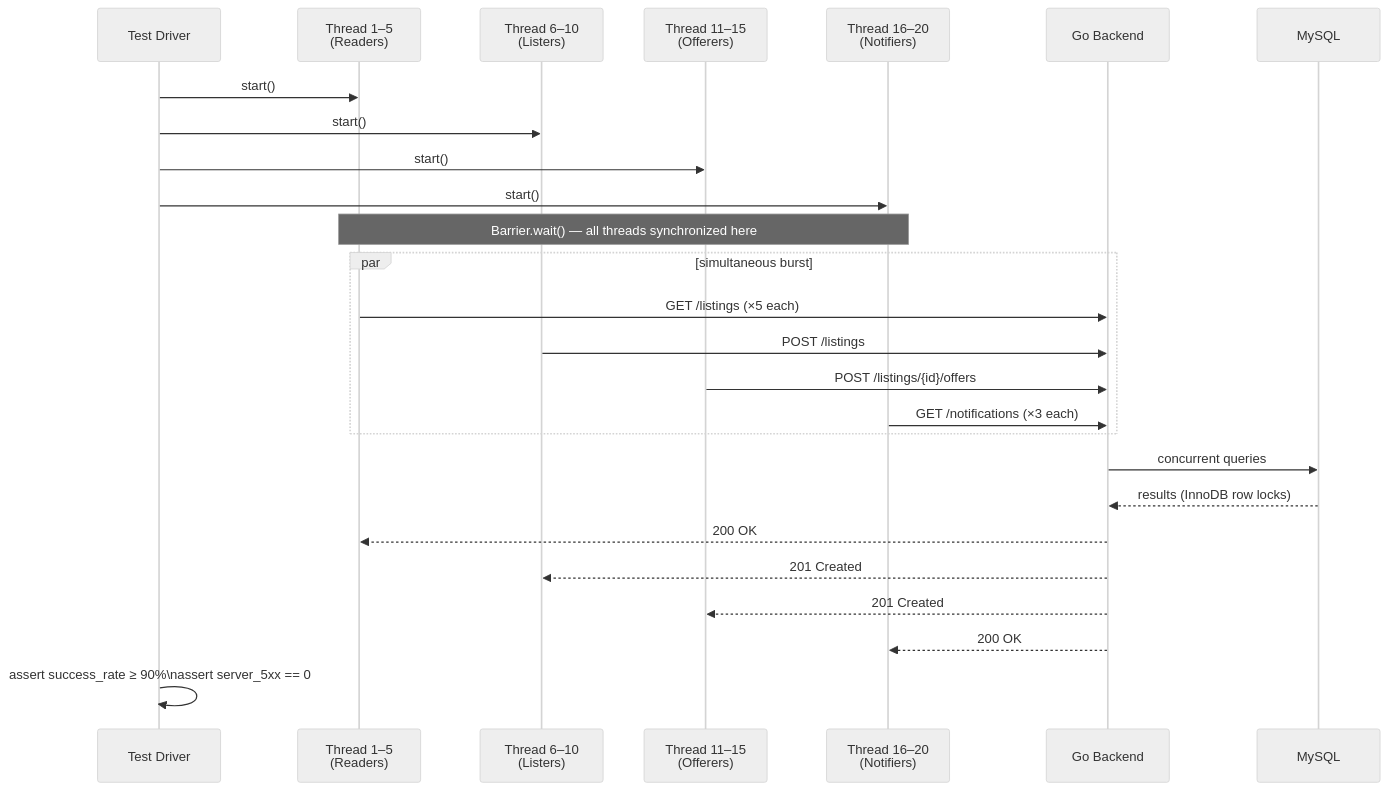
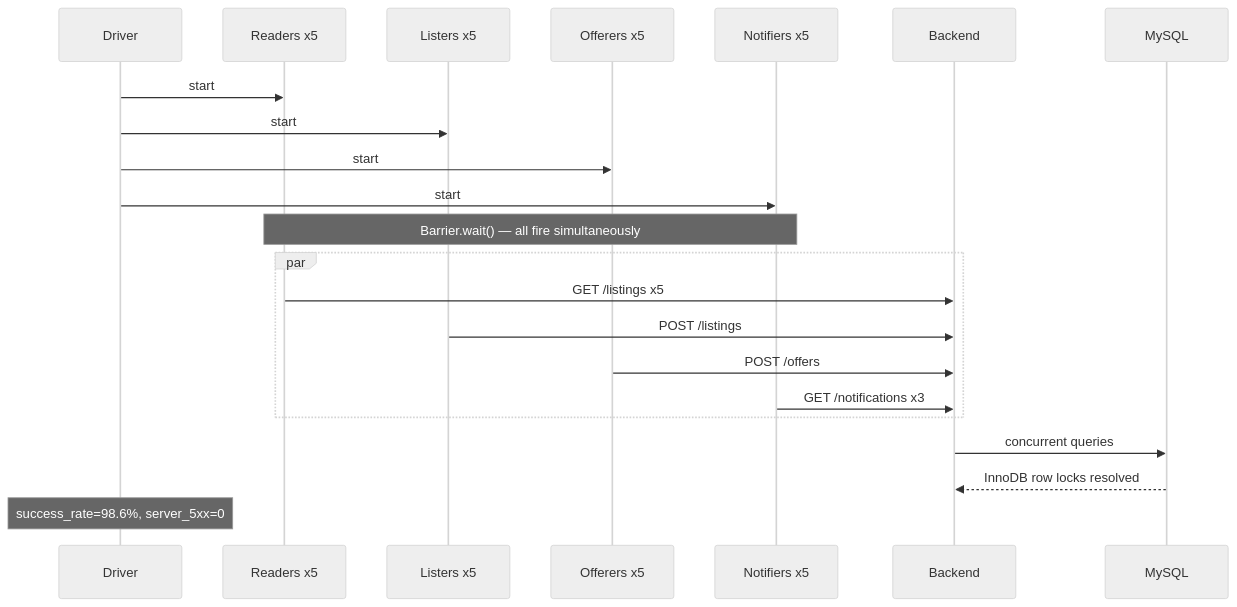
One commit to Zeenu03/Campus_Trading_App changed the fourth of 10 diagrams in Assignment_3/Module_B/MODULE_B_REPORT.md. Above: the diagram before and after it, drawn with Mermaid (neutral theme). The commit also changed other lines of this file and 3 other files, not shown here.

````diff
--- a/Assignment_3/Module_B/MODULE_B_REPORT.md
+++ b/Assignment_3/Module_B/MODULE_B_REPORT.md
@@ -151,33 +130,25 @@
 ```mermaid
 sequenceDiagram
-    participant T as Test Driver
-    participant B1 as Thread 1–5<br/>(Readers)
-    participant B2 as Thread 6–10<br/>(Listers)
-    participant B3 as Thread 11–15<br/>(Offerers)
-    participant B4 as Thread 16–20<br/>(Notifiers)
-    participant API as Go Backend
+    participant T as Driver
+    participant R as Readers x5
+    participant L as Listers x5
+    participant O as Offerers x5
+    participant N as Notifiers x5
+    participant API as Backend
     participant DB as MySQL
 
-    T->>B1: start()
-    T->>B2: start()
-    T->>B3: start()
-    T->>B4: start()
-
-    Note over B1,B4: Barrier.wait() — all threads synchronized here
-
-    par simultaneous burst
-        B1->>API: GET /listings (×5 each)
-        B2->>API: POST /listings
-        B3->>API: POST /listings/{id}/offers
-        B4->>API: GET /notifications (×3 each)
+    T->>R: start
+    T->>L: start
+    T->>O: start
+    T->>N: start
+    Note over R,N: Barrier.wait() — all fire simultaneously
+    par
+        R->>API: GET /listings x5
+        L->>API: POST /listings
+        O->>API: POST /offers
+        N->>API: GET /notifications x3
     end
-
     API->>DB: concurrent queries
-    DB-->>API: results (InnoDB row locks)
-    API-->>B1: 200 OK
-    API-->>B2: 201 Created
-    API-->>B3: 201 Created
-    API-->>B4: 200 OK
-
-    T->>T: assert success_rate ≥ 90%\nassert server_5xx == 0
+    DB-->>API: InnoDB row locks resolved
+    Note over T: success_rate=98.6%, server_5xx=0
 ```
````
